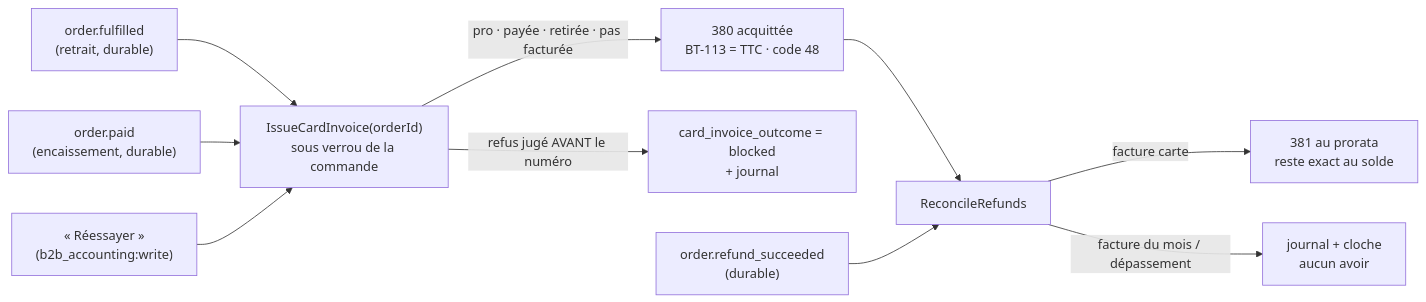
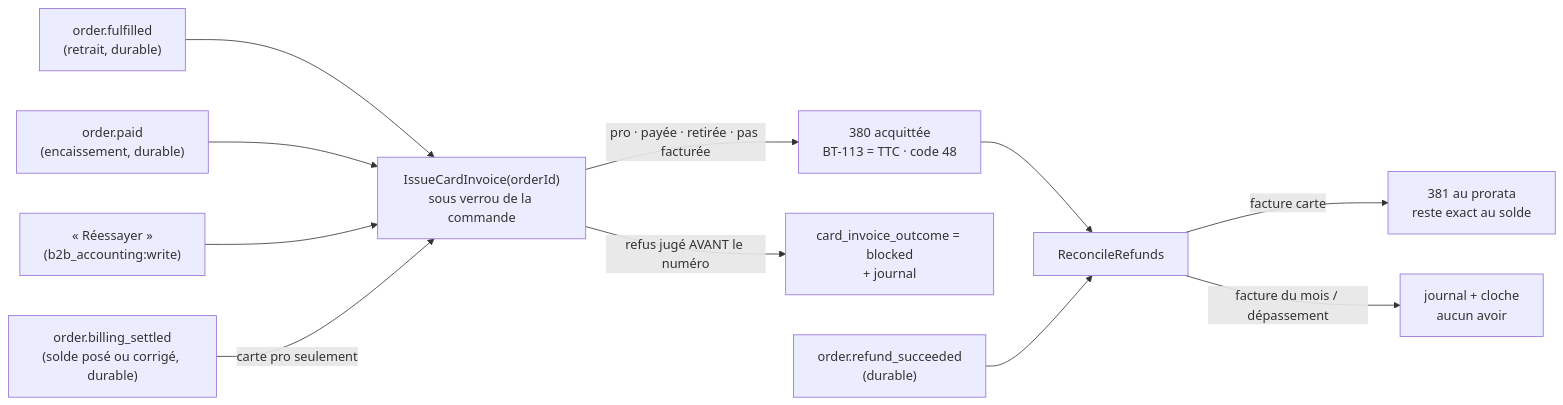
One commit to hugoheynard/lfd changed the diagram in documentation/comptabilite/facturation/facture-carte-et-remboursements.md. Above: the diagram before and after it, drawn with Mermaid. The commit also changed other lines of this file and 23 other files, not shown here.

First line of the commit message:
feat(comptabilite): la facture carte attend le solde et porte le livré (lot F d'E9)

````diff
--- a/documentation/comptabilite/facturation/facture-carte-et-remboursements.md
+++ b/documentation/comptabilite/facturation/facture-carte-et-remboursements.md
@@ -64,12 +71,13 @@
 ```mermaid
 flowchart LR
   R["order.fulfilled<br/>(retrait, durable)"] --> I["IssueCardInvoice(orderId)<br/>sous verrou de la commande"]
   P["order.paid<br/>(encaissement, durable)"] --> I
   B["« Réessayer »<br/>(b2b_accounting:write)"] --> I
+  S2["order.billing_settled<br/>(solde posé ou corrigé, durable)"] -->|"carte pro seulement"| I
   I -->|"pro · payée · retirée · pas facturée"| F["380 acquittée<br/>BT-113 = TTC · code 48"]
   I -->|"refus jugé AVANT le numéro"| S["card_invoice_outcome = blocked<br/>+ journal"]
   F --> C["ReconcileRefunds"]
   X["order.refund_succeeded<br/>(durable)"] --> C
   C -->|"facture carte"| A["381 au prorata<br/>reste exact au solde"]
   C -->|"facture du mois / dépassement"| N["journal + cloche<br/>aucun avoir"]
 ```
````
